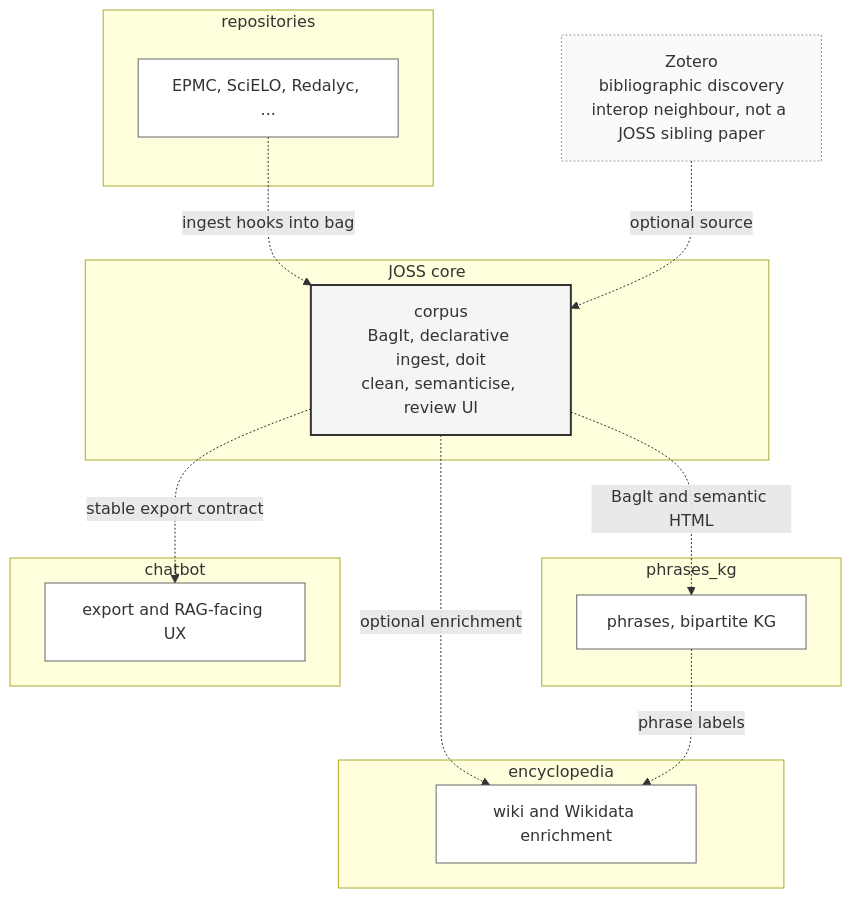
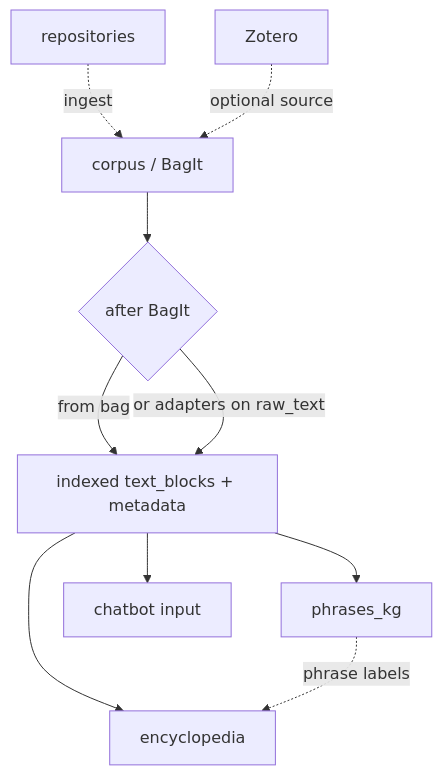
One commit to semanticClimate/semantic_corpus changed the diagram in docs/modules/corpus/siblings.md. Above: the diagram before and after it, drawn with Mermaid. The commit also changed other lines of this file and 20 other files, not shown here.

````diff
--- a/docs/modules/corpus/siblings.md
+++ b/docs/modules/corpus/siblings.md
@@ -13,38 +16,20 @@
 ```mermaid
 flowchart TB
-  subgraph core["JOSS core"]
-    C["corpus<br>BagIt, declarative ingest, doit<br>clean, semanticise, review UI"]
-  end
+  R["repositories"]
+  Z["Zotero"]
+  C["corpus / BagIt"]
 
-  subgraph sib_repositories["repositories"]
-    R["EPMC, SciELO, Redalyc, ..."]
-  end
-
-  subgraph sib_phrases_kg["phrases_kg"]
-    P["phrases, bipartite KG"]
-  end
-
-  subgraph sib_encyclopedia["encyclopedia"]
-    E["wiki and Wikidata enrichment"]
-  end
-
-  subgraph sib_chatbot["chatbot"]
-    H["export and RAG-facing UX"]
-  end
-
-  Z["Zotero<br>bibliographic discovery<br>interop neighbour, not a JOSS sibling paper"]
-
-  R -.->|ingest hooks into bag| C
-  C -.->|BagIt and semantic HTML| P
-  C -.->|optional enrichment| E
-  C -.->|stable export contract| H
-  P -.->|phrase labels| E
+  R -.->|ingest| C
   Z -.->|optional source| C
 
-  classDef core fill:#f5f5f5,stroke:#333,stroke-width:2px;
-  classDef sib fill:#fff,stroke:#666,stroke-width:1px;
-  classDef neigh fill:#fafafa,stroke:#999,stroke-width:1px,stroke-dasharray: 2 2;
-  class C core;
-  class R,P,E,H sib;
-  class Z neigh;
+  C --> Fork{"after BagIt"}
+
+  Fork -->|from bag| Prod["indexed text_blocks + metadata"]
+  Fork -->|or adapters on raw_text| Prod
+
+  Prod --> P["phrases_kg"]
+  Prod --> E["encyclopedia"]
+  Prod --> H["chatbot input"]
+
+  P -.->|phrase labels| E
 ```
````
